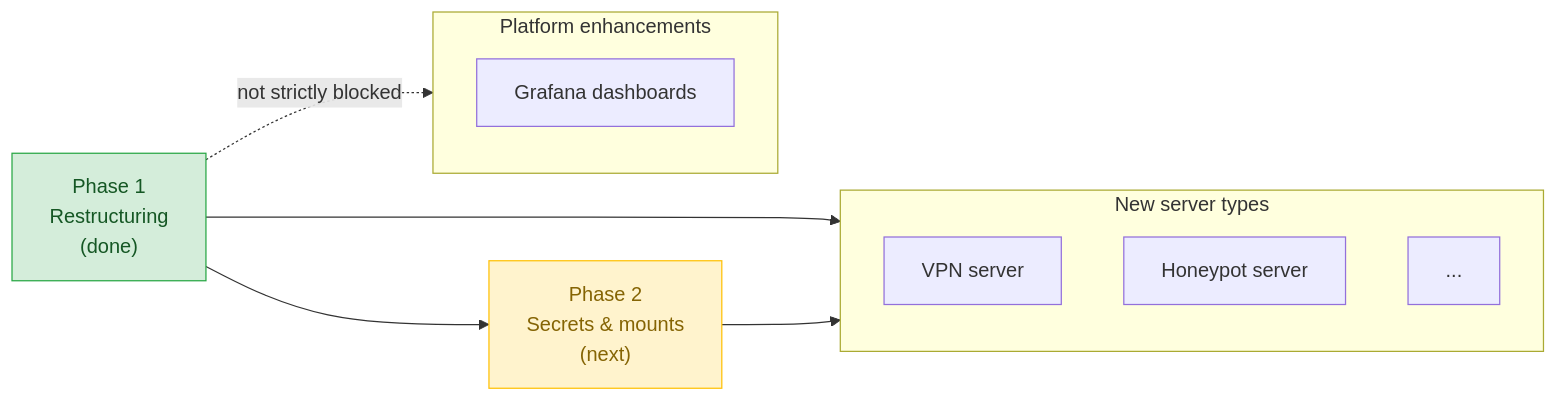
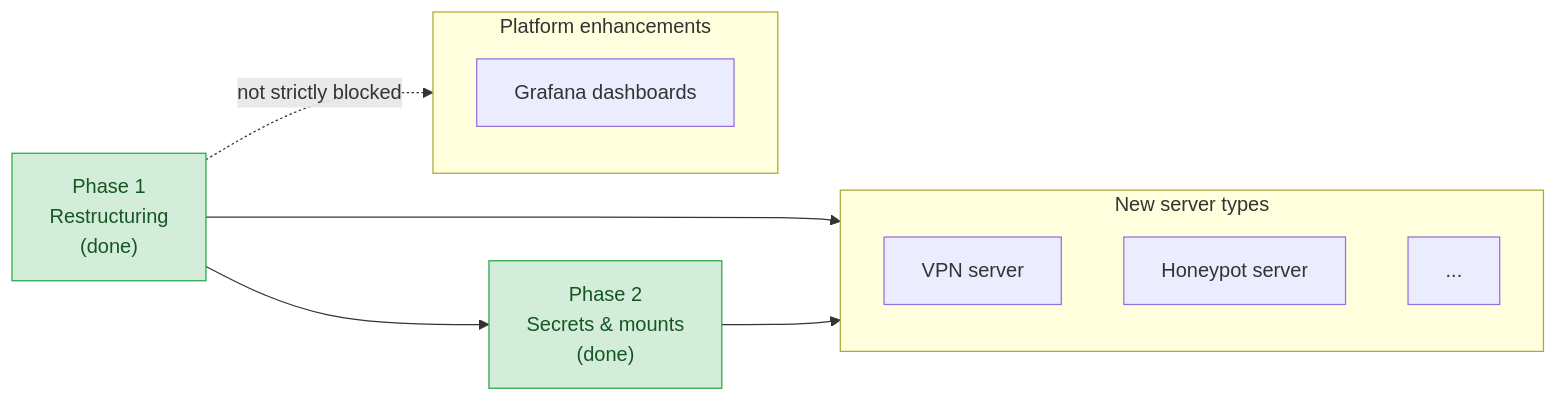
The diagram in docs/future/README.md (rednaw/iac), drawn with Mermaid before and after one commit. The commit also changed other lines of this file and 23 other files, not shown here.

````diff
--- a/docs/future/README.md
+++ b/docs/future/README.md
@@ -7,25 +7,24 @@
 ```mermaid
 flowchart LR
     restructure["Phase 1<br/>Restructuring<br/>(done)"]
-    dx["Phase 2<br/>Secrets & mounts<br/>(next)"]
+    dx["Phase 2<br/>Secrets & mounts<br/>(done)"]
 
     subgraph servers ["New server types"]
         vpn["VPN server"]
         honeypot["Honeypot server"]
         future["..."]
     end
 
     subgraph enhancements ["Platform enhancements"]
         grafana["Grafana dashboards"]
     end
 
     restructure --> servers
     restructure --> dx
     dx --> servers
     restructure -.->|not strictly blocked| enhancements
 
     classDef done fill:#d4edda,stroke:#28a745,color:#155724
-    classDef next fill:#fff3cd,stroke:#ffc107,color:#856404
     class restructure done
-    class dx next
+    class dx done
 ```
````
